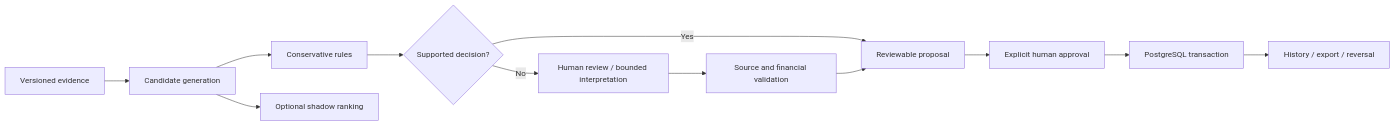
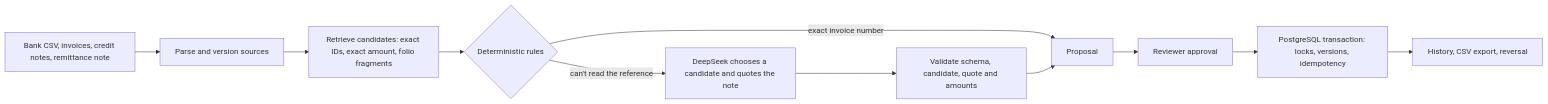
The diagram in README.md (RonaldoJ24/reconcile), drawn with Mermaid before and after one commit. The commit also changed other lines of this file and 5 other files, not shown here.

````diff
--- a/README.md
+++ b/README.md
@@ -38,14 +27,13 @@
 ```mermaid
 flowchart LR
-  I[Versioned evidence] --> C[Candidate generation]
-  C --> R[Conservative rules]
-  C --> M[Optional shadow ranking]
-  R --> D{Supported decision?}
-  D -->|Yes| P[Reviewable proposal]
-  D -->|No| H[Human review / bounded interpretation]
-  H --> V[Source and financial validation]
-  V --> P
-  P --> A[Explicit human approval]
-  A --> T[PostgreSQL transaction]
-  T --> E[History / export / reversal]
+  S[Bank CSV, invoices, credit notes, remittance note] --> P[Parse and version sources]
+  P --> R[Retrieve candidates: exact IDs, exact amount, folio fragments]
+  R --> D{Deterministic rules}
+  D -->|exact invoice number| A[Proposal]
+  D -->|can't read the reference| L[DeepSeek chooses a candidate and quotes the note]
+  L --> V[Validate schema, candidate, quote and amounts]
+  V --> A
+  A --> H[Reviewer approval]
+  H --> T[PostgreSQL transaction: locks, versions, idempotency]
+  T --> X[History, CSV export, reversal]
 ```
````
